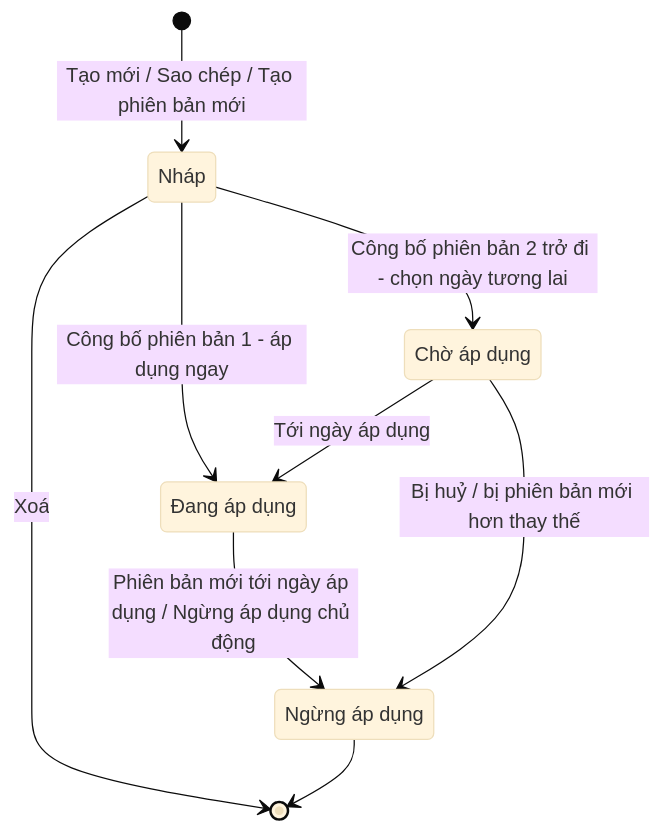
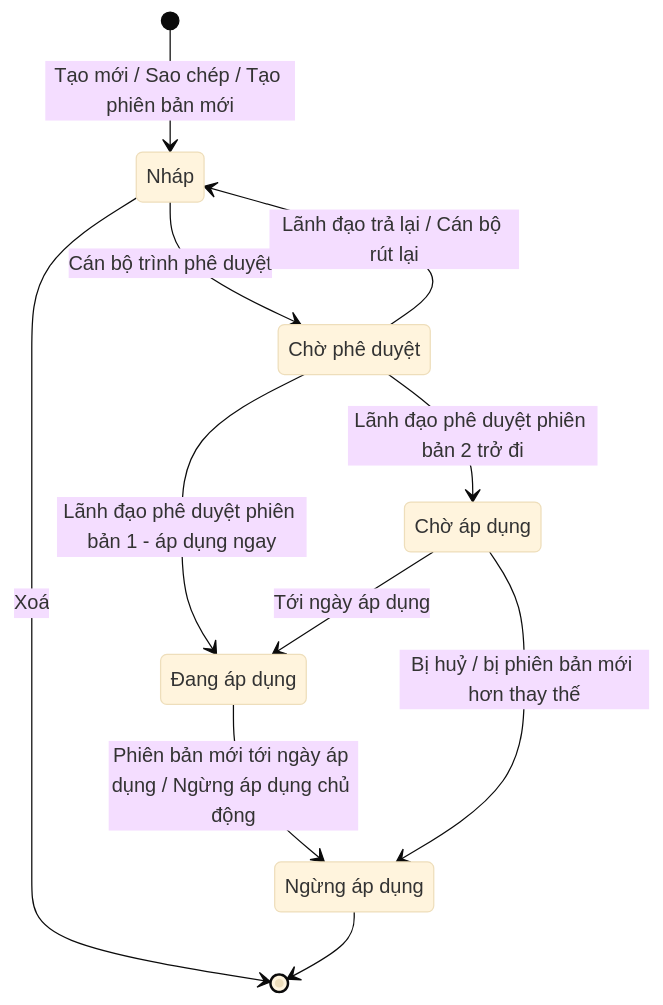
Before and after one commit to cuongnh-rd/ndatrace-attp: the second of 17 diagrams in docs/prd/PRD-Xay-dung-Su-kien-trong-yeu.md, drawn with Mermaid (base theme). The commit also changed other lines of this file and 18 other files, not shown here.

First line of the commit message:
docs: PRD Xây dựng Sự kiện trọng yếu v6 - đối chiếu Quyển 2/3, bổ sung phê duyệt, quy tắc viết đầy đủ

````diff
--- a/docs/prd/PRD-Xay-dung-Su-kien-trong-yeu.md
+++ b/docs/prd/PRD-Xay-dung-Su-kien-trong-yeu.md
@@ -117,16 +308,19 @@
 ```mermaid
 stateDiagram-v2
     [*] --> Nhap: Tạo mới / Sao chép / Tạo phiên bản mới
     Nhap --> [*]: Xoá
-    Nhap --> DangApDung: Công bố phiên bản 1 - áp dụng ngay
-    Nhap --> ChoApDung: Công bố phiên bản 2 trở đi - chọn ngày tương lai
+    Nhap --> ChoPheDuyet: Cán bộ trình phê duyệt
+    ChoPheDuyet --> Nhap: Lãnh đạo trả lại / Cán bộ rút lại
+    ChoPheDuyet --> DangApDung: Lãnh đạo phê duyệt phiên bản 1 - áp dụng ngay
+    ChoPheDuyet --> ChoApDung: Lãnh đạo phê duyệt phiên bản 2 trở đi
     ChoApDung --> DangApDung: Tới ngày áp dụng
     ChoApDung --> NgungApDung: Bị huỷ / bị phiên bản mới hơn thay thế
     DangApDung --> NgungApDung: Phiên bản mới tới ngày áp dụng / Ngừng áp dụng chủ động
     NgungApDung --> [*]
 
     Nhap: Nháp
+    ChoPheDuyet: Chờ phê duyệt
+    ChoApDung: Chờ áp dụng
     DangApDung: Đang áp dụng
-    ChoApDung: Chờ áp dụng
     NgungApDung: Ngừng áp dụng
 ```
````
